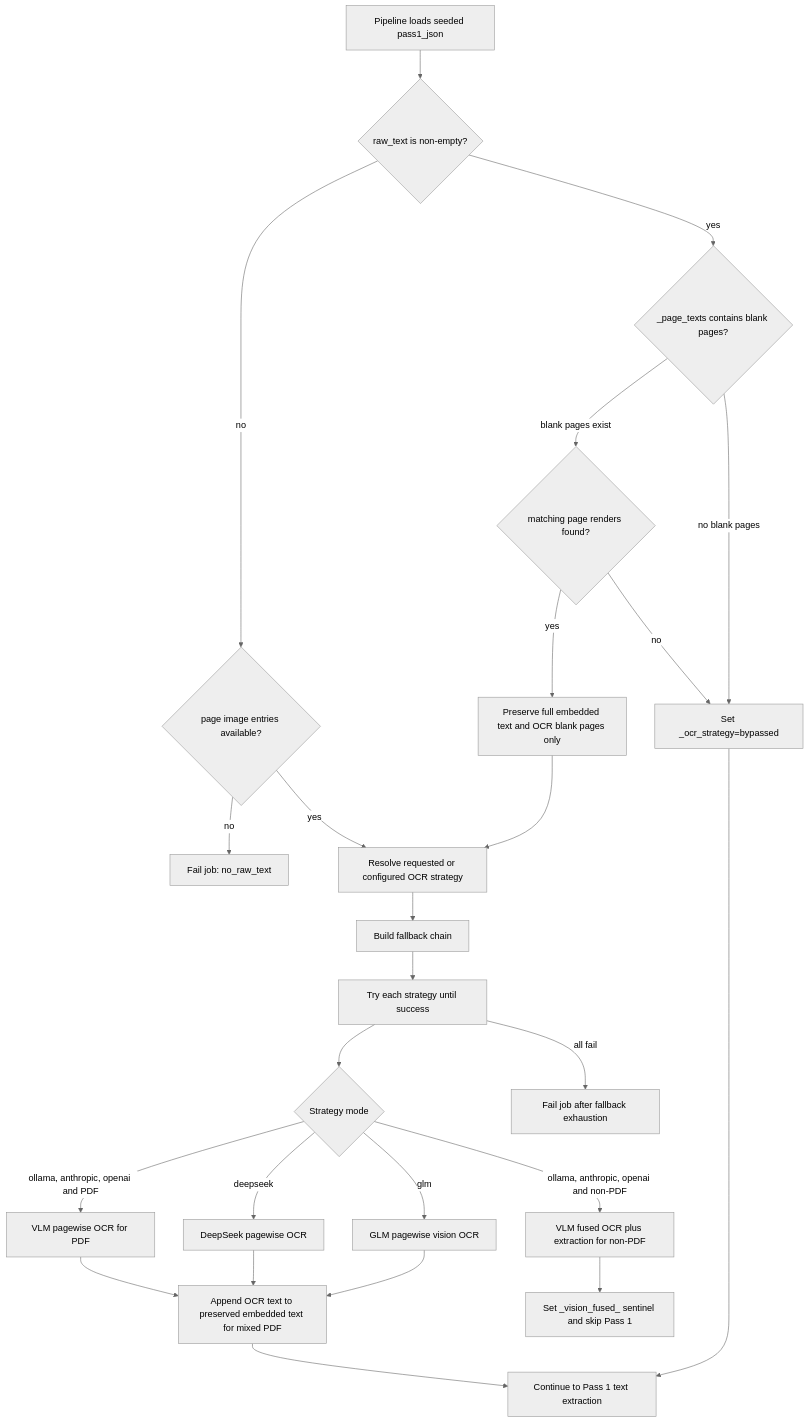
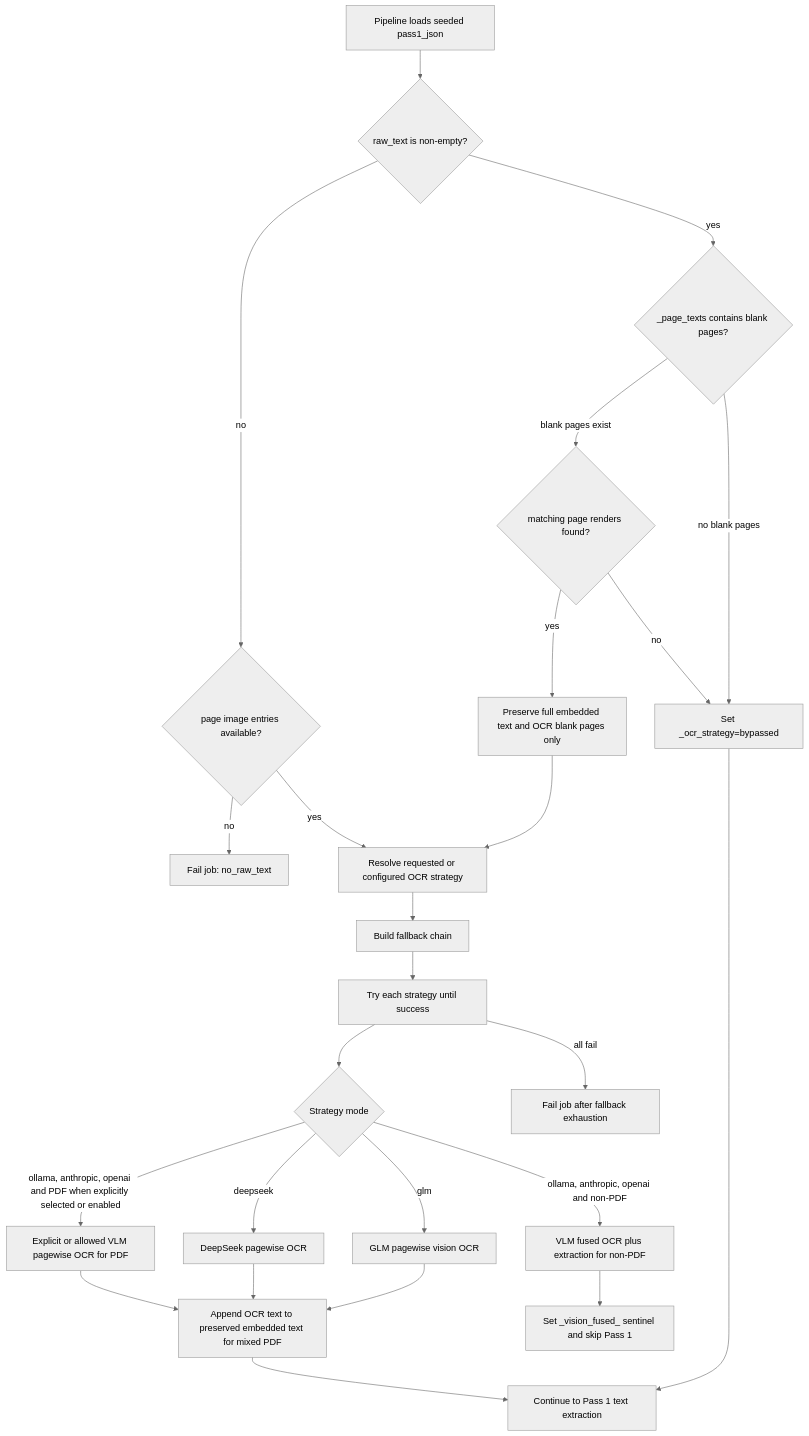
One commit to swingology/DSAT_GRAMMAR_GT changed the fourth of 15 diagrams in docs/backend/INGESTION_ARCHITECTURE.md. Above: the diagram before and after it, drawn with Mermaid (neutral theme). The commit also changed other lines of this file and 5 other files, not shown here.

Commit message:
fix: restrict pdf ocr fallback to document models

````diff
--- a/docs/backend/INGESTION_ARCHITECTURE.md
+++ b/docs/backend/INGESTION_ARCHITECTURE.md
@@ -193,40 +193,40 @@
 ```mermaid
 flowchart TD
     Start[Pipeline loads seeded pass1_json]
     HasText{raw_text is non-empty?}
     PageText{_page_texts contains blank pages?}
     PartialImages{matching page renders found?}
     Bypass[Set _ocr_strategy=bypassed]
     Preserve[Preserve full embedded text and OCR blank pages only]
     HasImages{page image entries available?}
     FailNoText[Fail job: no_raw_text]
     Resolve[Resolve requested or configured OCR strategy]
     Chain[Build fallback chain]
     Try[Try each strategy until success]
     TwoStep{Strategy mode}
     GLM[GLM pagewise vision OCR]
     DeepSeek[DeepSeek pagewise OCR]
-    VlmPdf[VLM pagewise OCR for PDF]
+    VlmPdf[Explicit or allowed VLM pagewise OCR for PDF]
     VlmFused[VLM fused OCR plus extraction for non-PDF]
     Merge[Append OCR text to preserved embedded text for mixed PDF]
     Pass1[Continue to Pass 1 text extraction]
     SkipPass1[Set _vision_fused_ sentinel and skip Pass 1]
     FailOCR[Fail job after fallback exhaustion]
 
     Start --> HasText
     HasText -->|yes| PageText
     PageText -->|no blank pages| Bypass --> Pass1
     PageText -->|blank pages exist| PartialImages
     PartialImages -->|yes| Preserve --> Resolve
     PartialImages -->|no| Bypass
     HasText -->|no| HasImages
     HasImages -->|no| FailNoText
     HasImages -->|yes| Resolve
     Resolve --> Chain --> Try --> TwoStep
     TwoStep -->|glm| GLM --> Merge
     TwoStep -->|deepseek| DeepSeek --> Merge
-    TwoStep -->|ollama, anthropic, openai and PDF| VlmPdf --> Merge
+    TwoStep -->|ollama, anthropic, openai and PDF when explicitly selected or enabled| VlmPdf --> Merge
     TwoStep -->|ollama, anthropic, openai and non-PDF| VlmFused --> SkipPass1
     Merge --> Pass1
     Try -->|all fail| FailOCR
 ```
````
